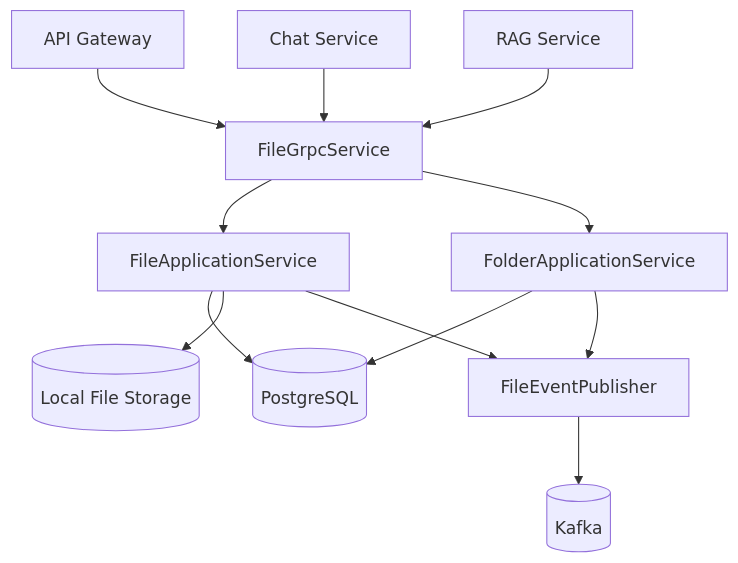
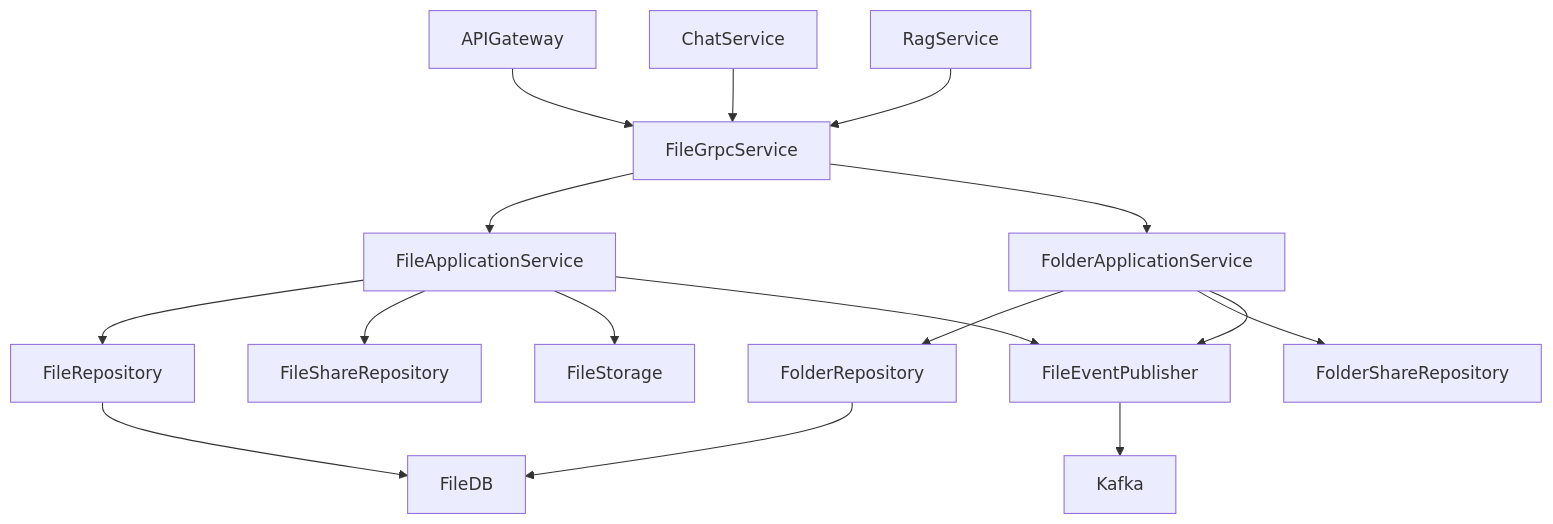
Before and after one commit to Estifanos58/AI-Learning-Platform: the second of 3 diagrams in file-service/README.md, drawn with Mermaid. The commit also changed other lines of this file, not shown here.

First line of the commit message:
docs(file-service): update README

````diff
--- a/file-service/README.md
+++ b/file-service/README.md
@@ -73,14 +100,18 @@
 ```mermaid
 graph TD
-    Gateway[API Gateway] --> GRPC[FileGrpcService]
-    Chat[Chat Service] --> GRPC
-    RAG[RAG Service] --> GRPC
-    GRPC --> FileApp[FileApplicationService]
-    GRPC --> FolderApp[FolderApplicationService]
-    FileApp --> DB[(PostgreSQL)]
-    FolderApp --> DB
-    FileApp --> FS[(Local File Storage)]
-    FolderApp --> KafkaPub[FileEventPublisher]
-    FileApp --> KafkaPub
-    KafkaPub --> Kafka[(Kafka)]
+    APIGateway --> FileGrpcService
+    ChatService --> FileGrpcService
+    RagService --> FileGrpcService
+    FileGrpcService --> FileApplicationService
+    FileGrpcService --> FolderApplicationService
+    FileApplicationService --> FileRepository
+    FolderApplicationService --> FolderRepository
+    FileApplicationService --> FileShareRepository
+    FolderApplicationService --> FolderShareRepository
+    FileRepository --> FileDB
+    FolderRepository --> FileDB
+    FileApplicationService --> FileStorage
+    FolderApplicationService --> FileEventPublisher
+    FileApplicationService --> FileEventPublisher
+    FileEventPublisher --> Kafka
 ```
````
